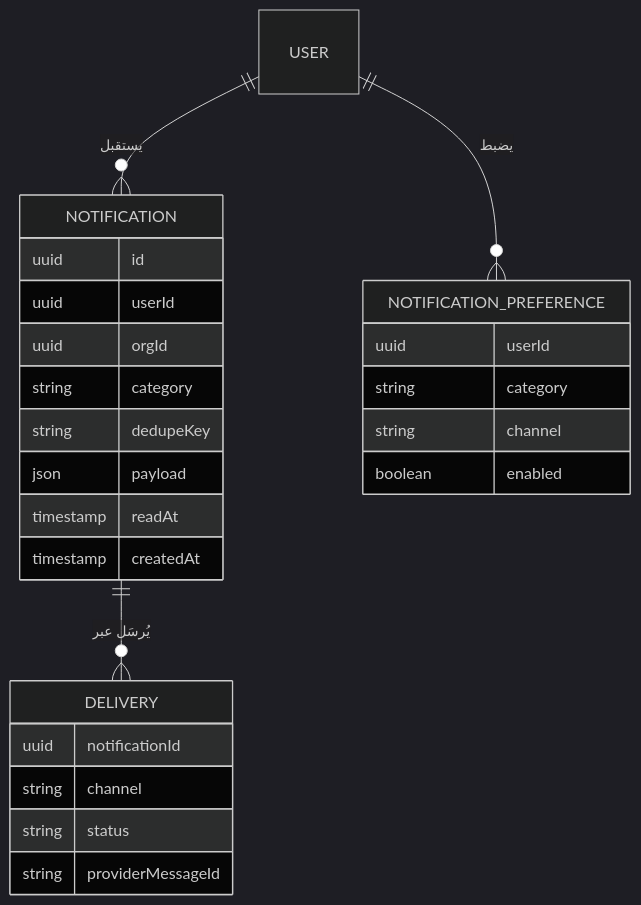
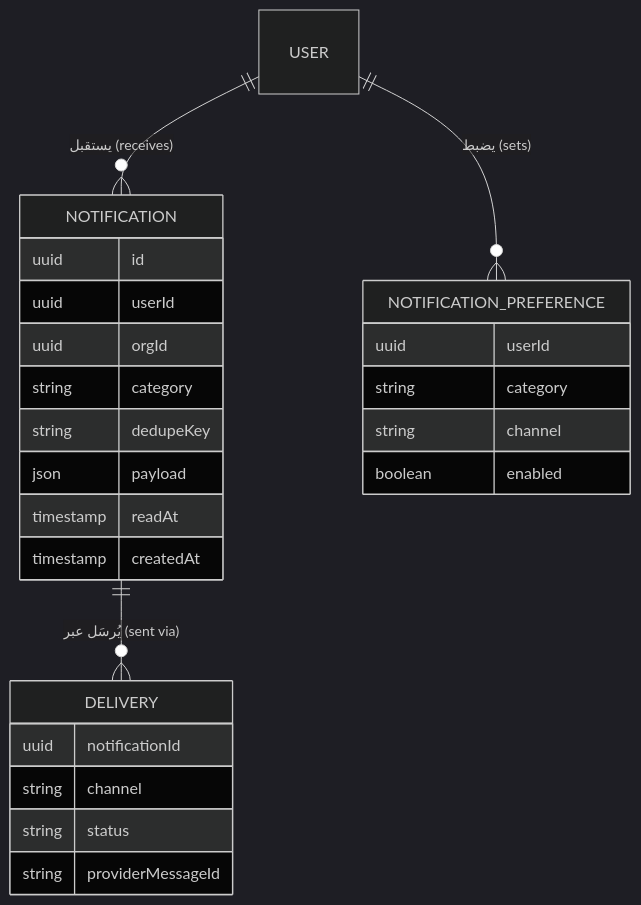
Before and after one commit to Tamoura/system-design-for-vibe-coders: the third of 6 diagrams in saas/modules/04-communication.ar.md, drawn with Mermaid (dark theme). The commit also changed other lines of this file and 62 other files, not shown here.

First line of the commit message:
Arabic editions: English on every diagram label, RTL fixes, rebuild

````diff
--- a/saas/modules/04-communication.ar.md
+++ b/saas/modules/04-communication.ar.md
@@ -336,28 +336,28 @@
 ```mermaid
 erDiagram
-    USER ||--o{ NOTIFICATION : "يستقبل"
-    USER ||--o{ NOTIFICATION_PREFERENCE : "يضبط"
-    NOTIFICATION ||--o{ DELIVERY : "يُرسَل عبر"
+    USER ||--o{ NOTIFICATION : "يستقبل (receives)"
+    USER ||--o{ NOTIFICATION_PREFERENCE : "يضبط (sets)"
+    NOTIFICATION ||--o{ DELIVERY : "يُرسَل عبر (sent via)"
     NOTIFICATION {
         uuid id
         uuid userId
         uuid orgId
         string category
         string dedupeKey
         json payload
         timestamp readAt
         timestamp createdAt
     }
     NOTIFICATION_PREFERENCE {
         uuid userId
         string category
         string channel
         boolean enabled
     }
     DELIVERY {
         uuid notificationId
         string channel
         string status
         string providerMessageId
     }
 ```
````
